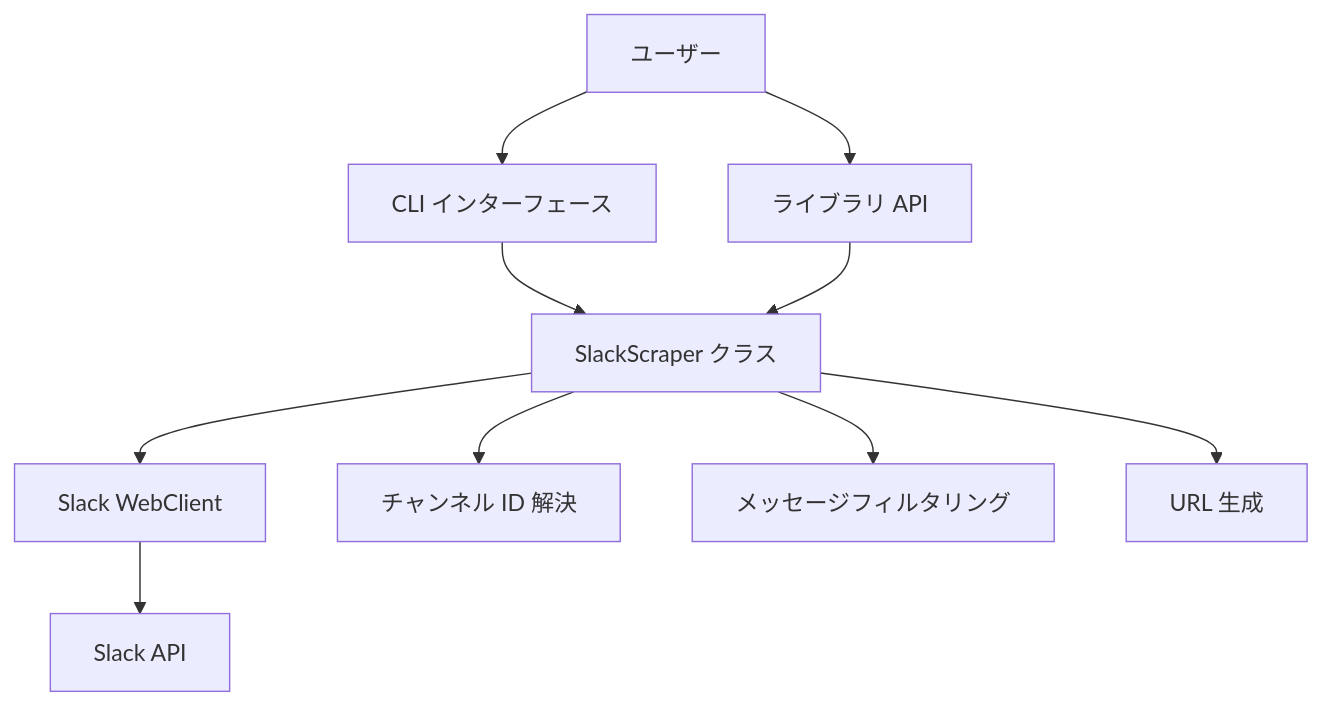
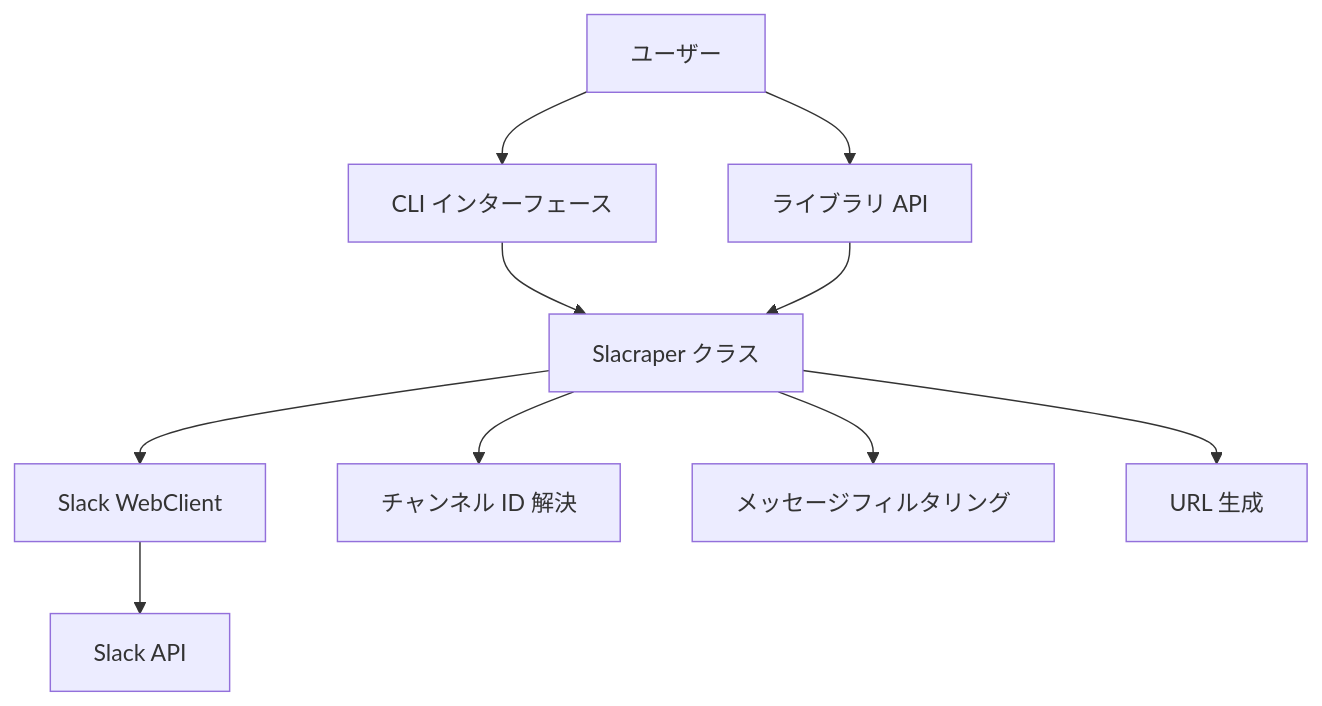
Before and after one commit to youyo/slacraper: the diagram in memory-bank/systemPatterns.md, drawn with Mermaid. The commit also changed other lines of this file and 9 other files, not shown here.

Commit message:
Refactor class name from SlackScraper to Slacraper across the codebase for consistency

````diff
--- a/memory-bank/systemPatterns.md
+++ b/memory-bank/systemPatterns.md
@@ -95,12 +95,12 @@
 ```mermaid
 graph TD
     User[ユーザー] --> CLI[CLI インターフェース]
     User --> Library[ライブラリ API]
-    CLI --> SlackScraper[SlackScraper クラス]
-    Library --> SlackScraper
-    SlackScraper --> WebClient[Slack WebClient]
+    CLI --> Slacraper[Slacraper クラス]
+    Library --> Slacraper
+    Slacraper --> WebClient[Slack WebClient]
     WebClient --> SlackAPI[Slack API]
-    SlackScraper --> ChannelResolver[チャンネル ID 解決]
-    SlackScraper --> MessageFilter[メッセージフィルタリング]
-    SlackScraper --> URLGenerator[URL 生成]
+    Slacraper --> ChannelResolver[チャンネル ID 解決]
+    Slacraper --> MessageFilter[メッセージフィルタリング]
+    Slacraper --> URLGenerator[URL 生成]
 ```
````
